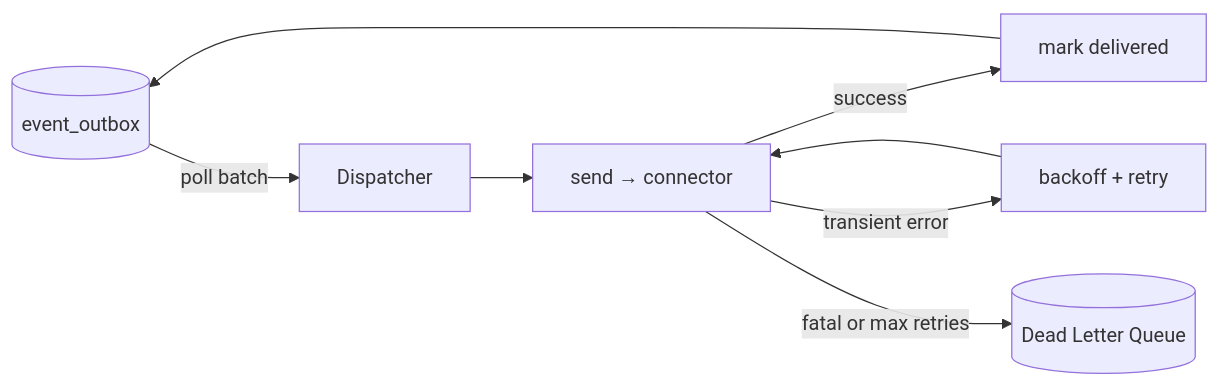
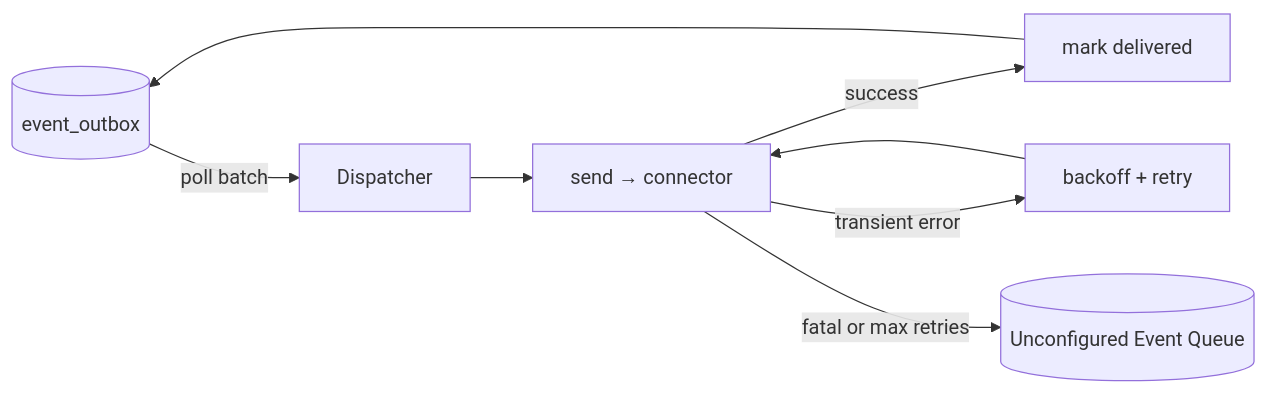
The third of 3 diagrams in documentation/architecture/00_overview.md (obsinity/obsinity), drawn with Mermaid before and after one commit. The commit also changed other lines of this file and 10 other files, not shown here.

````diff
--- a/documentation/architecture/00_overview.md
+++ b/documentation/architecture/00_overview.md
@@ -250,10 +253,10 @@
 ```mermaid
 flowchart LR
   OUT[(event_outbox)] -->|poll batch| DISP[Dispatcher]
   DISP --> TRY[send → connector]
   TRY -->|success| MARK[mark delivered]
   MARK --> OUT
   TRY -->|transient error| RETRY[backoff + retry]
   RETRY --> TRY
-  TRY -->|fatal or max retries| DLQ[(Dead Letter Queue)]
+  TRY -->|fatal or max retries| UEQ[(Unconfigured Event Queue)]
 ```
````
